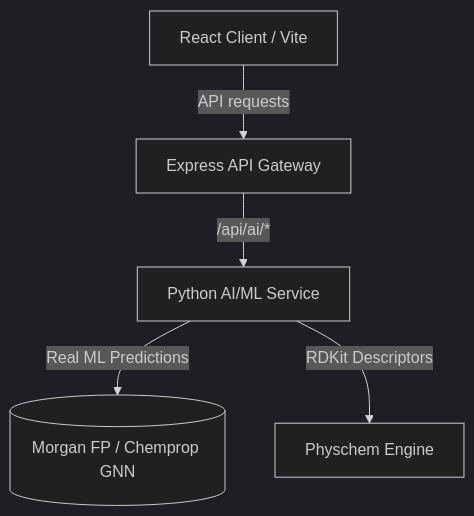
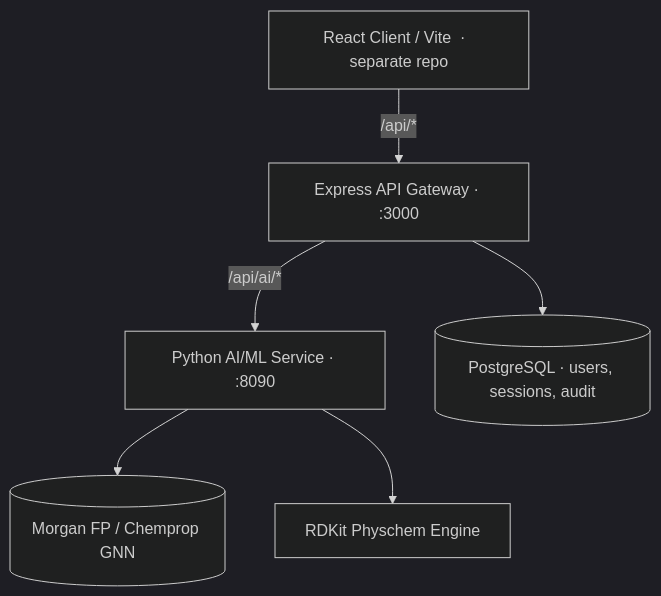
Before and after one commit to pranay-interakt/HakaseBio: the diagram in README.md, drawn with Mermaid (dark theme). The commit also changed other lines of this file and 8 other files, not shown here.

````diff
--- a/README.md
+++ b/README.md
@@ -11,7 +15,8 @@
 ```mermaid
 graph TD
-    A[React Client / Vite] -- API requests --> B[Express API Gateway]
-    B -- /api/ai/* --> C[Python AI/ML Service]
-    C -- Real ML Predictions --> D[(Morgan FP / Chemprop GNN)]
-    C -- RDKit Descriptors --> E[Physchem Engine]
+    A[React Client / Vite  ·  separate repo] -- /api/* --> B[Express API Gateway · :3000]
+    B -- /api/ai/* --> C[Python AI/ML Service · :8090]
+    C --> D[(Morgan FP / Chemprop GNN)]
+    C --> E[RDKit Physchem Engine]
+    B --> F[(PostgreSQL · users, sessions, audit)]
 ```
````
